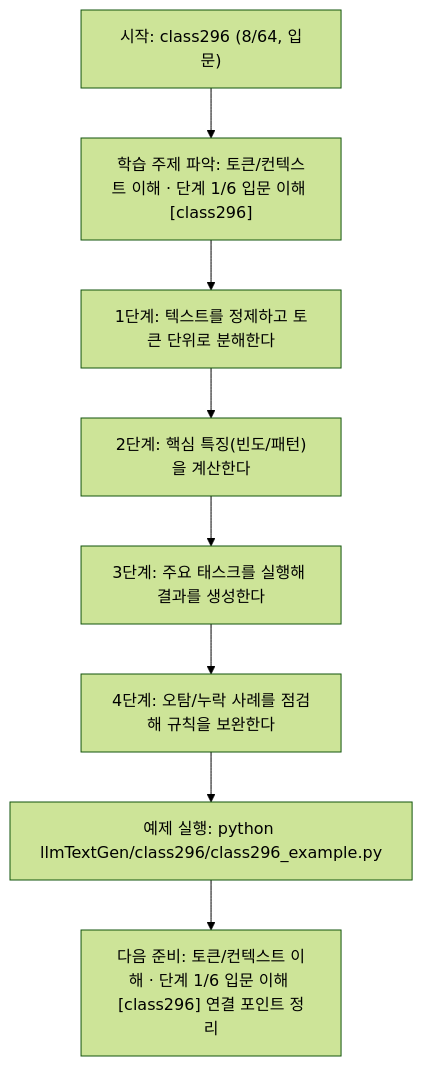
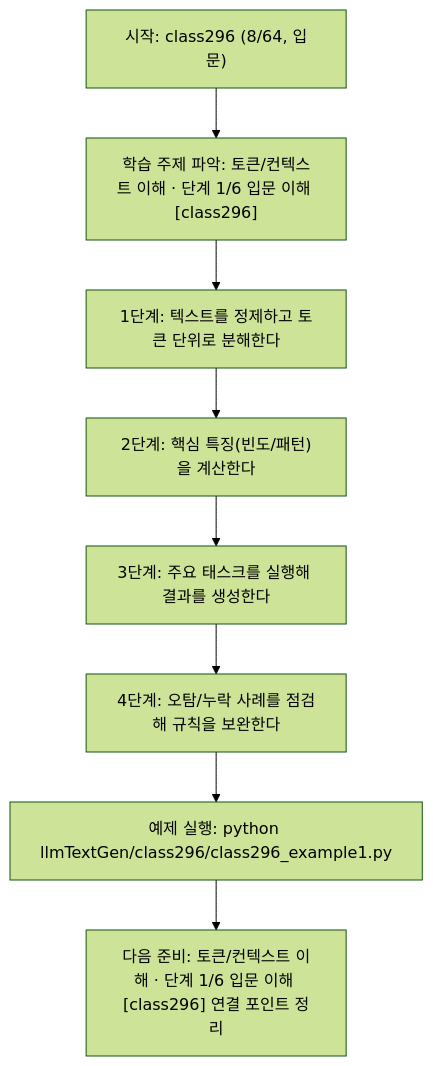
One commit to edumgt/Python-AI_Agent-Class changed the diagram in llmTextGen/class296/class296.md. Above: the diagram before and after it, drawn with Mermaid (forest theme). The commit also changed other lines of this file and 2959 other files, not shown here.

````diff
--- a/llmTextGen/class296/class296.md
+++ b/llmTextGen/class296/class296.md
@@ -114,18 +114,18 @@
 ```mermaid
 flowchart TD
 N1["시작: class296 (8/64, 입문)"]
 N2["학습 주제 파악: 토큰/컨텍스트 이해 · 단계 1/6 입문 이해 [class296]"]
 N3["1단계: 텍스트를 정제하고 토큰 단위로 분해한다"]
 N4["2단계: 핵심 특징(빈도/패턴)을 계산한다"]
 N5["3단계: 주요 태스크를 실행해 결과를 생성한다"]
 N6["4단계: 오탐/누락 사례를 점검해 규칙을 보완한다"]
-N7["예제 실행: python llmTextGen/class296/class296_example.py"]
+N7["예제 실행: python llmTextGen/class296/class296_example1.py"]
 N8["다음 준비: 토큰/컨텍스트 이해 · 단계 1/6 입문 이해 [class296] 연결 포인트 정리"]
 N1 --> N2
 N2 --> N3
 N3 --> N4
 N4 --> N5
 N5 --> N6
 N6 --> N7
 N7 --> N8
 ```
````
